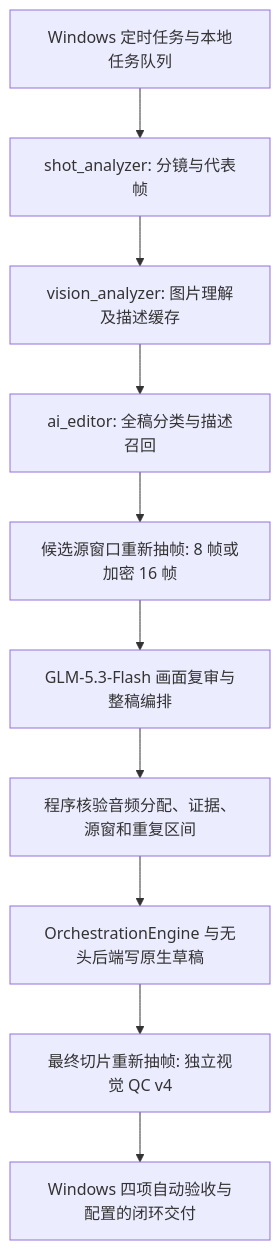
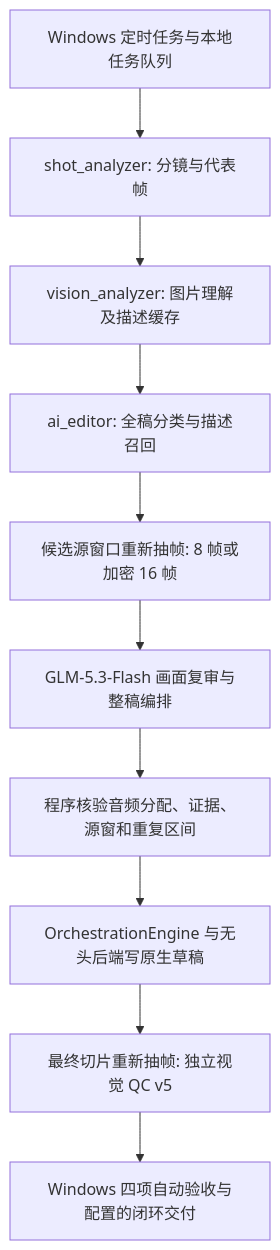
The diagram in docs/architecture.md (starfishwrx/video-editing-automation), drawn with Mermaid before and after one commit. The commit also changed 4 other files, not shown here.

````diff
--- a/docs/architecture.md
+++ b/docs/architecture.md
@@ -11,12 +11,12 @@
 ```mermaid
 flowchart TD
     A[Windows 定时任务与本地任务队列] --> B[shot_analyzer: 分镜与代表帧]
     B --> C[vision_analyzer: 图片理解及描述缓存]
     C --> D[ai_editor: 全稿分类与描述召回]
     D --> E[候选源窗口重新抽帧: 8 帧或加密 16 帧]
     E --> F[GLM-5.3-Flash 画面复审与整稿编排]
     F --> G[程序核验音频分配、证据、源窗和重复区间]
     G --> H[OrchestrationEngine 与无头后端写原生草稿]
-    H --> I[最终切片重新抽帧: 独立视觉 QC v4]
+    H --> I[最终切片重新抽帧: 独立视觉 QC v5]
     I --> J[Windows 四项自动验收与配置的闭环交付]
 ```
````
